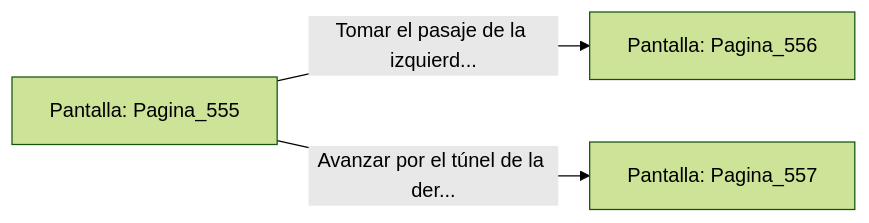
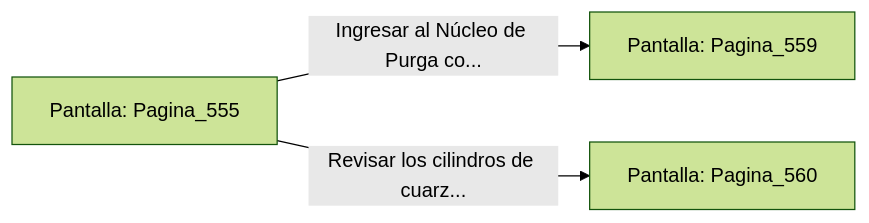
One commit to metsuke/mpl changed the diagram in sample/eligejuego-vault/Pantalla_Pagina_555.md. Above: the diagram before and after it, drawn with Mermaid (forest theme). The commit also changed other lines of this file and 635 other files, not shown here.

First line of the commit message:
fix: añadir Pagina_1 como pantalla inicial en capitulo_01.mpl

````diff
--- a/sample/eligejuego-vault/Pantalla_Pagina_555.md
+++ b/sample/eligejuego-vault/Pantalla_Pagina_555.md
@@ -20,6 +24,6 @@
 ```mermaid
 graph LR
     P_Pagina_555["Pantalla: Pagina_555"]
-    P_Pagina_555 -->|"Tomar el pasaje de la izquierd..."| P_Pagina_556["Pantalla: Pagina_556"]
-    P_Pagina_555 -->|"Avanzar por el túnel de la der..."| P_Pagina_557["Pantalla: Pagina_557"]
+    P_Pagina_555 -->|"Ingresar al Núcleo de Purga co..."| P_Pagina_559["Pantalla: Pagina_559"]
+    P_Pagina_555 -->|"Revisar los cilindros de cuarz..."| P_Pagina_560["Pantalla: Pagina_560"]
 ```
````
